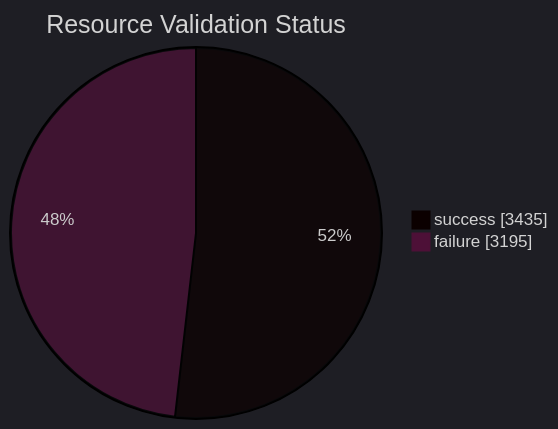
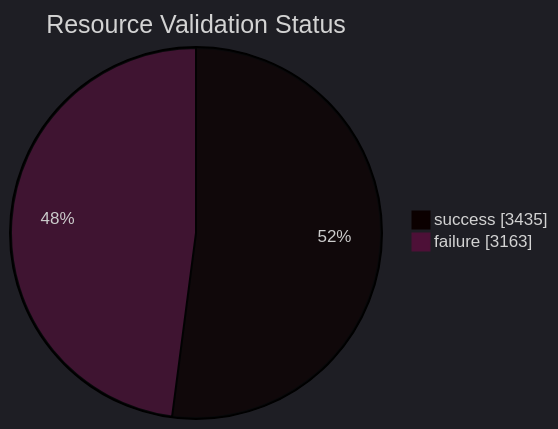
Before and after one commit to open-data/analytics-corporate-reporting: the first of 5 diagrams in datastore_tracker/README.md, drawn with Mermaid. The commit also changed 7 other files, not shown here.

````diff
--- a/datastore_tracker/README.md
+++ b/datastore_tracker/README.md
@@ -20,9 +20,9 @@
 ```mermaid
 ---
 config:
   theme: dark
 ---
 pie showData title Resource Validation Status
     "success": 3435
-    "failure": 3195
+    "failure": 3163
 ```
````
